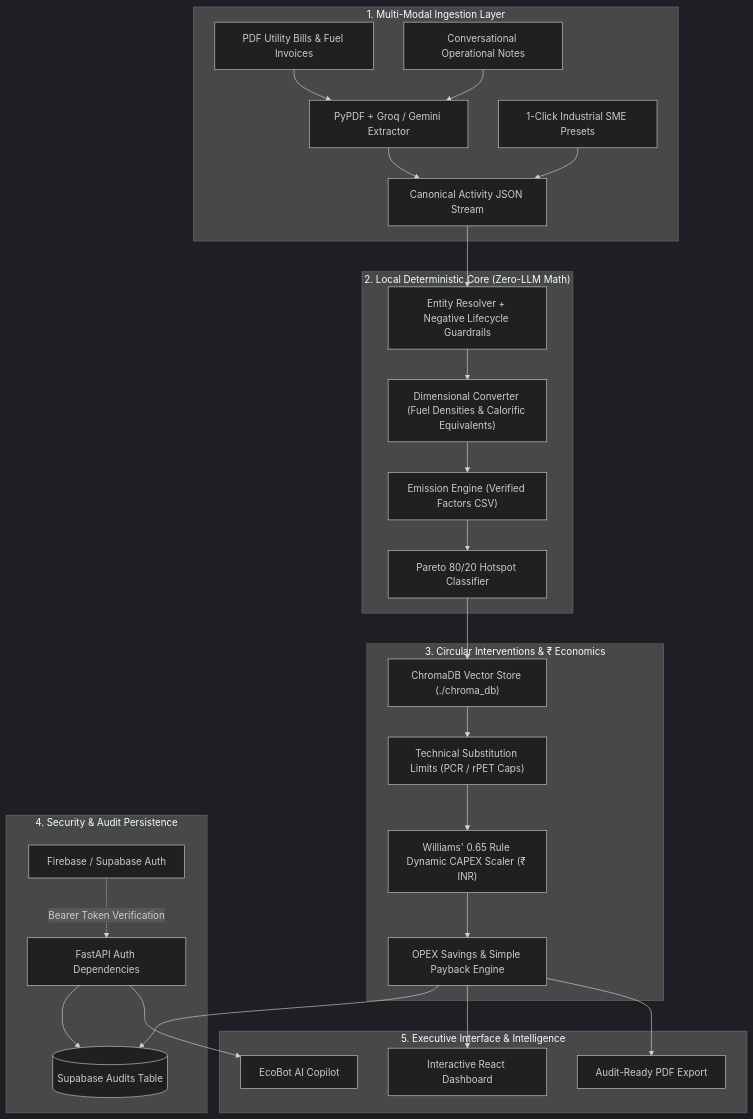
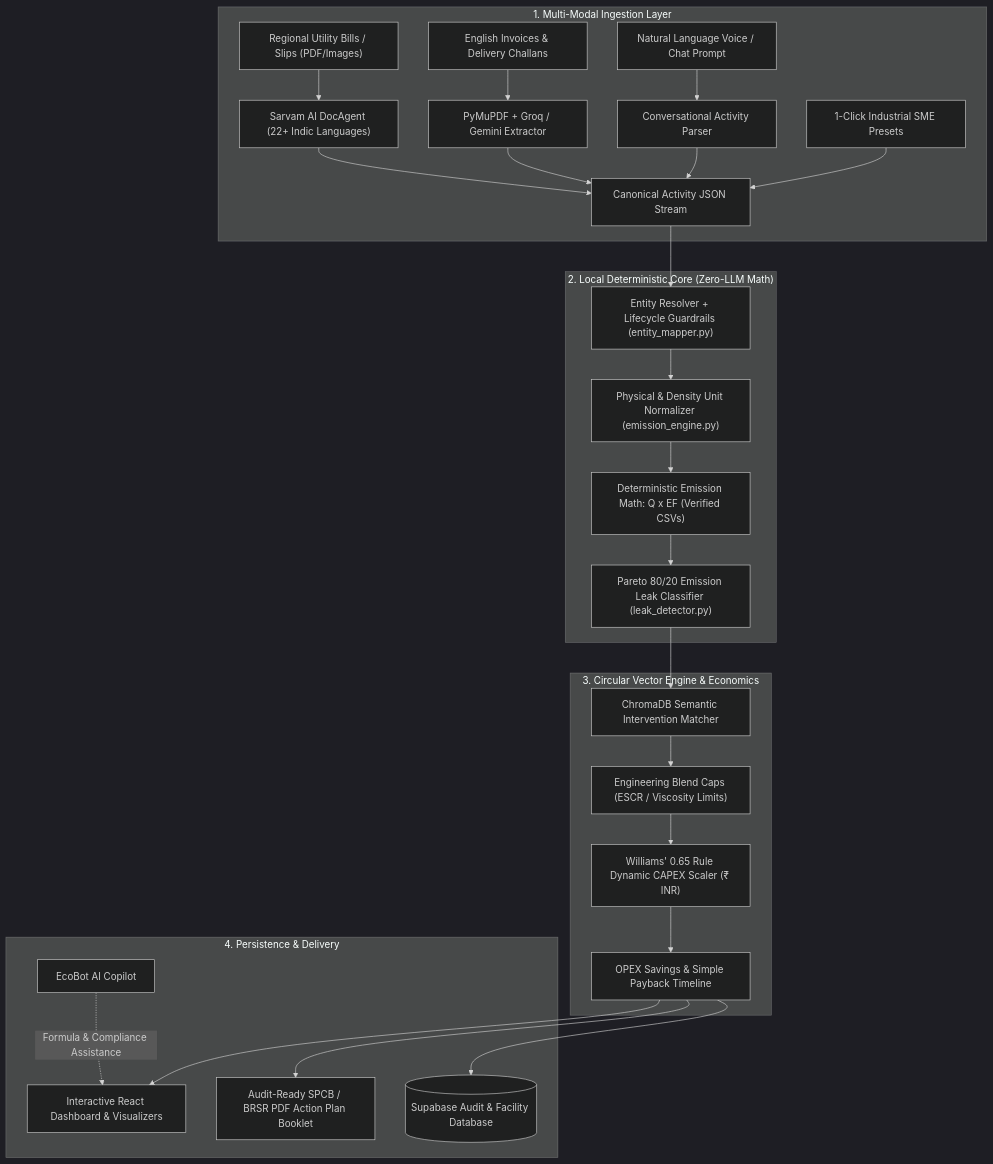
One commit to SalazarZ3U5/EcoLeak changed the diagram in README.md. Above: the diagram before and after it, drawn with Mermaid (dark theme). The commit also changed other lines of this file and 2 other files, not shown here.

````diff
--- a/README.md
+++ b/README.md
@@ -119,35 +60,33 @@
 ```mermaid
 flowchart TD
-    subgraph Ingestion["1. Multi-Modal Ingestion Layer"]
-        A1["PDF Utility Bills & Fuel Invoices"] --> B["PyPDF + Groq / Gemini Extractor"]
-        A2["Conversational Operational Notes"] --> B
-        A3["1-Click Industrial SME Presets"] --> C["Canonical Activity JSON Stream"]
-        B --> C
+    subgraph Layer1["1. Multi-Modal Ingestion Layer"]
+        A1["Regional Utility Bills / Slips (PDF/Images)"] --> B1["Sarvam AI DocAgent (22+ Indic Languages)"]
+        A2["English Invoices & Delivery Challans"] --> B2["PyMuPDF + Groq / Gemini Extractor"]
+        A3["Natural Language Voice / Chat Prompt"] --> B3["Conversational Activity Parser"]
+        A4["1-Click Industrial SME Presets"] --> C["Canonical Activity JSON Stream"]
+        B1 --> C
+        B2 --> C
+        B3 --> C
     end
 
-    subgraph DeterministicCore["2. Local Deterministic Core (Zero-LLM Math)"]
-        C --> D["Entity Resolver + Negative Lifecycle Guardrails"]
-        D --> E["Dimensional Converter (Fuel Densities & Calorific Equivalents)"]
-        E --> F["Emission Engine (Verified Factors CSV)"]
-        F --> G["Pareto 80/20 Hotspot Classifier"]
+    subgraph Layer2["2. Local Deterministic Core (Zero-LLM Math)"]
+        C --> D["Entity Resolver + Lifecycle Guardrails (entity_mapper.py)"]
+        D --> E["Physical & Density Unit Normalizer (emission_engine.py)"]
+        E --> F["Deterministic Emission Math: Q x EF (Verified CSVs)"]
+        F --> G["Pareto 80/20 Emission Leak Classifier (leak_detector.py)"]
     end
 
-    subgraph CircularEconomy["3. Circular Interventions & ₹ Economics"]
-        G --> H["ChromaDB Vector Store (./chroma_db)"]
-        H --> I["Technical Substitution Limits (PCR / rPET Caps)"]
+    subgraph Layer3["3. Circular Vector Engine & Economics"]
+        G --> H["ChromaDB Semantic Intervention Matcher"]
+        H --> I["Engineering Blend Caps (ESCR / Viscosity Limits)"]
         I --> J["Williams' 0.65 Rule Dynamic CAPEX Scaler (₹ INR)"]
-        J --> K["OPEX Savings & Simple Payback Engine"]
+        J --> K["OPEX Savings & Simple Payback Timeline"]
     end
 
-    subgraph AuthAndPersistence["4. Security & Audit Persistence"]
-        AUTH["Firebase / Supabase Auth"] -.->|"Bearer Token Verification"| SEC["FastAPI Auth Dependencies"]
-        SEC --> DB[("Supabase Audits Table")]
-        K --> DB
-    end
-
-    subgraph Delivery["5. Executive Interface & Intelligence"]
-        K --> L1["Interactive React Dashboard"]
-        K --> L2["Audit-Ready PDF Export"]
-        SEC --> ECOBOT["EcoBot AI Copilot"]
+    subgraph Layer4["4. Persistence & Delivery"]
+        K --> L1["Interactive React Dashboard & Visualizers"]
+        K --> L2["Audit-Ready SPCB / BRSR PDF Action Plan Booklet"]
+        K --> L3[("Supabase Audit & Facility Database")]
+        M["EcoBot AI Copilot"] -.->|"Formula & Compliance Assistance"| L1
     end
 ```
````
